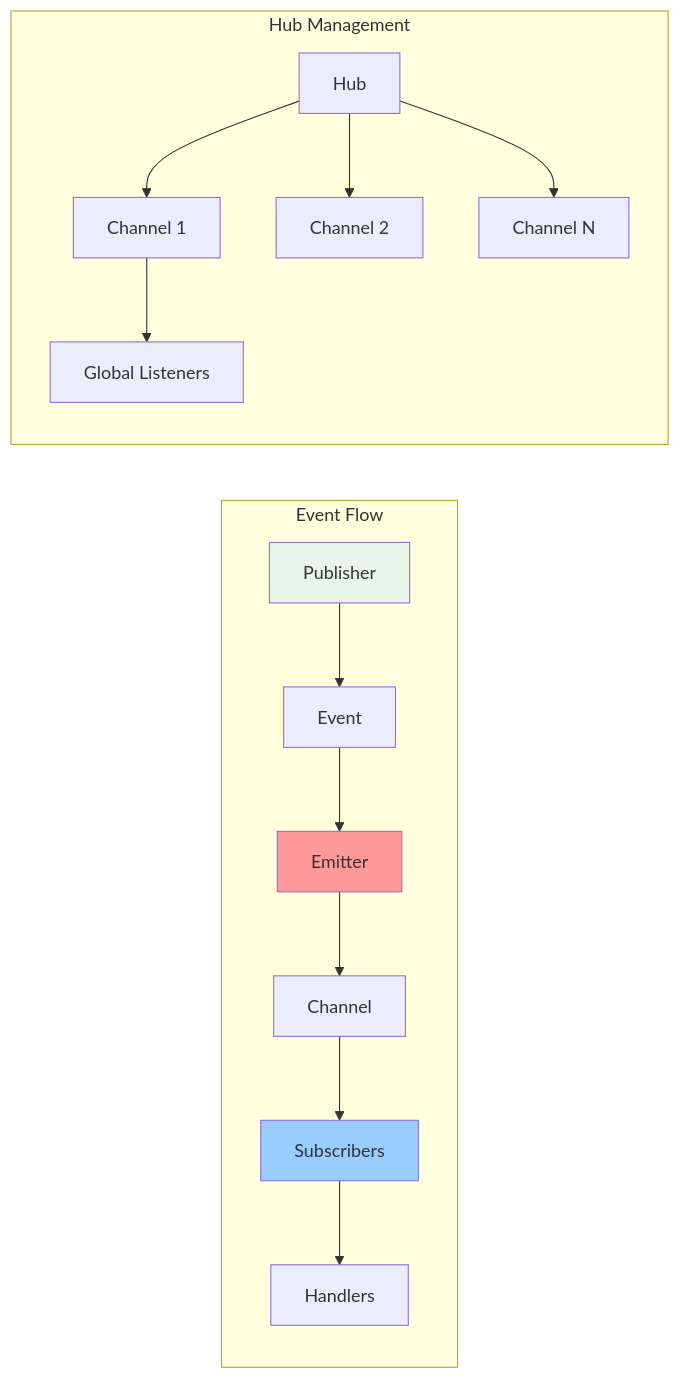
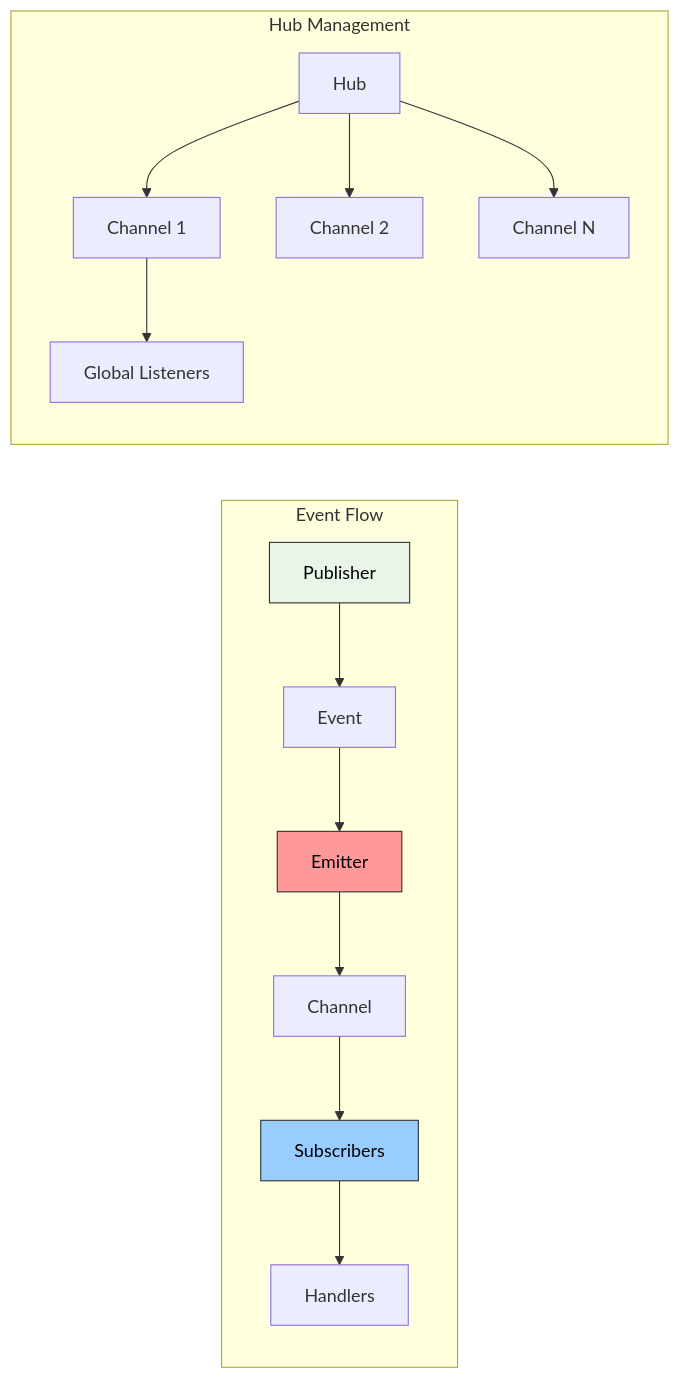
Before and after one commit to sujeet-pro/reactivity: the eighth of 18 diagrams in README.md, drawn with Mermaid. The commit also changed other lines of this file and 4 other files, not shown here.

````diff
--- a/README.md
+++ b/README.md
@@ -398,21 +428,21 @@
 ```mermaid
 graph LR
     subgraph "Event Flow"
         A[Publisher] --> B[Event]
         B --> C[Emitter]
         C --> D[Channel]
         D --> E[Subscribers]
         E --> F[Handlers]
     end
     
     subgraph "Hub Management"
         G[Hub] --> H[Channel 1]
         G --> I[Channel 2]
         G --> J[Channel N]
         H --> K[Global Listeners]
     end
     
-    style A fill:#e8f5e8
-    style C fill:#ff9999
-    style E fill:#99ccff
+    style A fill:#e8f5e8,stroke:#333,color:#000
+    style C fill:#ff9999,stroke:#333,color:#000
+    style E fill:#99ccff,stroke:#333,color:#000
 ```
````
